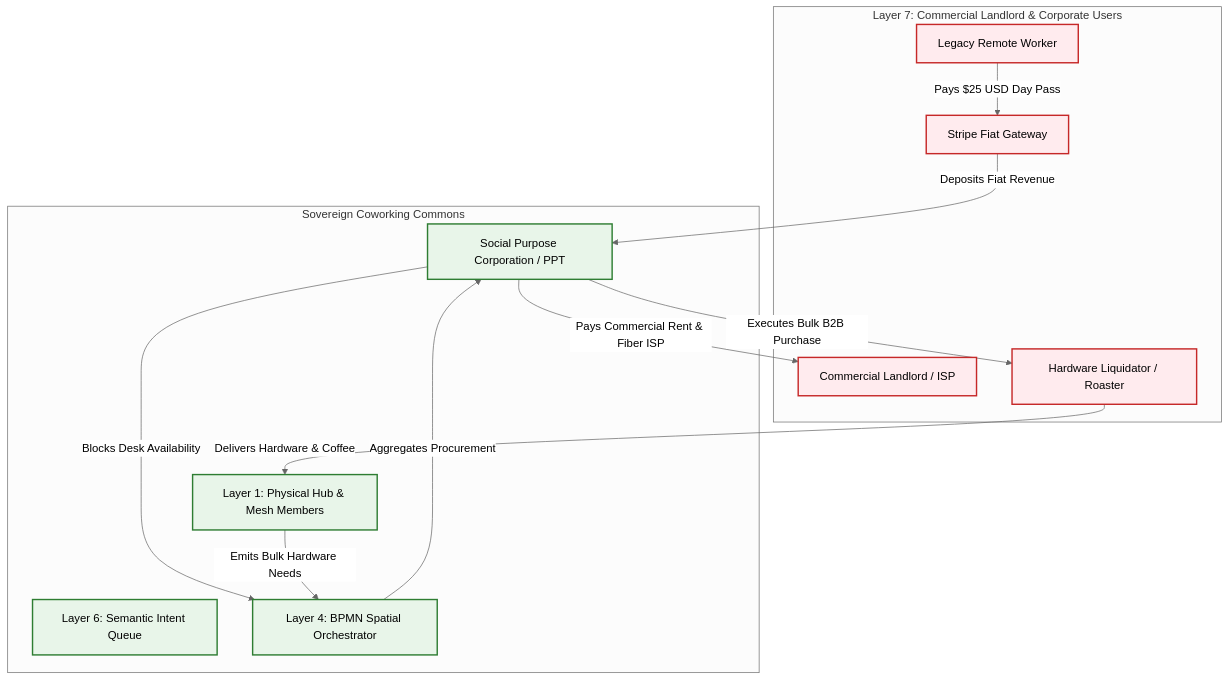
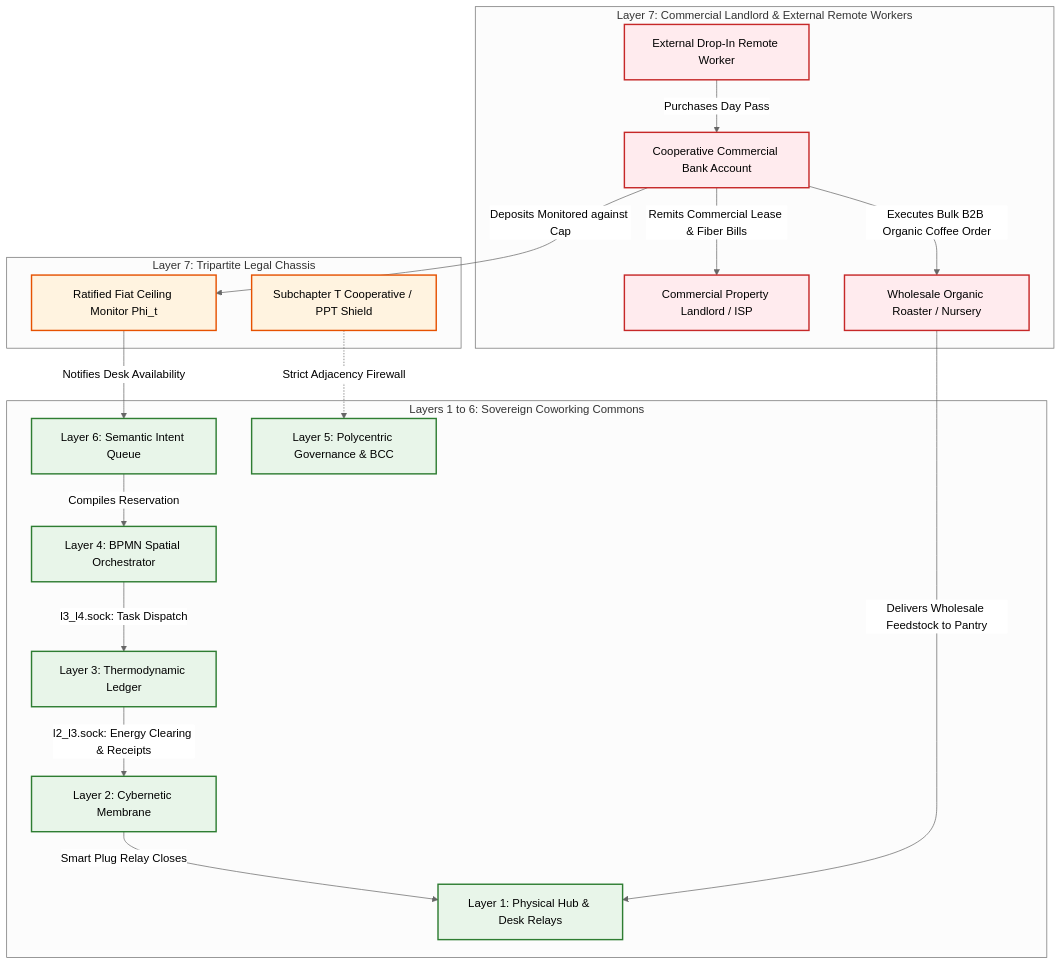
Before and after one commit to raffaine/collective: the fourth of 4 diagrams in docs/scenarios/epsilon_coworking.md, drawn with Mermaid (neutral theme). The commit also changed other lines of this file and 23 other files, not shown here.

````diff
--- a/docs/scenarios/epsilon_coworking.md
+++ b/docs/scenarios/epsilon_coworking.md
@@ -172,33 +191,47 @@
 ```mermaid
 graph TD
-    subgraph Legacy Environment [Layer 7: Commercial Landlord & Corporate Users]
-        CorpWorker[Legacy Remote Worker]
-        StripeGateway[Stripe Fiat Gateway]
-        Landlord[Commercial Landlord / ISP]
-        WholesaleTech[Hardware Liquidator / Roaster]
+    subgraph Legacy Environment [Layer 7: Commercial Landlord & External Remote Workers]
+        ExtWorker[External Drop-In Remote Worker]
+        LegacyBank[Cooperative Commercial Bank Account]
+        Landlord[Commercial Property Landlord / ISP]
+        GreenRoaster[Wholesale Organic Roaster / Nursery]
     end
 
-    subgraph Sovereign Node [Sovereign Coworking Commons]
-        SPC[Social Purpose Corporation / PPT]
+    subgraph Protective Carapace [Layer 7: Tripartite Legal Chassis]
+        CoopEntity[Subchapter T Cooperative / PPT Shield]
+        FiatNeeds[Ratified Fiat Ceiling Monitor Phi_t]
+    end
+
+    subgraph Sovereign Mesh [Layers 1 to 6: Sovereign Coworking Commons]
         L6[Layer 6: Semantic Intent Queue]
+        L5[Layer 5: Polycentric Governance & BCC]
         L4[Layer 4: BPMN Spatial Orchestrator]
-        L1[Layer 1: Physical Hub & Mesh Members]
+        L3[Layer 3: Thermodynamic Ledger]
+        L2[Layer 2: Cybernetic Membrane]
+        L1[Layer 1: Physical Hub & Desk Relays]
     end
 
     %% Inbound Fiat Flow
-    CorpWorker -->|Pays $25 USD Day Pass| StripeGateway
-    StripeGateway -->|Deposits Fiat Revenue| SPC
-    SPC -->|Pays Commercial Rent & Fiber ISP| Landlord
-    SPC -->|Blocks Desk Availability| L4
+    ExtWorker -->|Purchases Day Pass| LegacyBank
+    LegacyBank -->|Deposits Monitored against Cap| FiatNeeds
+    FiatNeeds -->|Notifies Desk Availability| L6
+    L6 -->|Compiles Reservation| L4
+    L4 -->|l3_l4.sock: Task Dispatch| L3
+    L3 -->|l2_l3.sock: Energy Clearing & Receipts| L2
+    L2 -->|Smart Plug Relay Closes| L1
 
-    %% Sovereign Workflow & Leeching
-    L1 -->|Emits Bulk Hardware Needs| L4
-    L4 -->|Aggregates Procurement| SPC
-    SPC -->|Executes Bulk B2B Purchase| WholesaleTech
-    WholesaleTech -->|Delivers Hardware & Coffee| L1
+    %% Outbound Commercial Obligations
+    LegacyBank -->|Remits Commercial Lease & Fiber Bills| Landlord
+    LegacyBank -->|Executes Bulk B2B Organic Coffee Order| GreenRoaster
+    GreenRoaster -->|Delivers Wholesale Feedstock to Pantry| L1
+
+    %% Boundary Isolation
+    CoopEntity -.->|Strict Adjacency Firewall| L5
 
     classDef legacy fill:#ffebee,stroke:#c62828,stroke-width:2px;
+    classDef carapace fill:#fff3e0,stroke:#e65100,stroke-width:2px;
     classDef sovereign fill:#e8f5e9,stroke:#2e7d32,stroke-width:2px;
-    class CorpWorker,StripeGateway,Landlord,WholesaleTech legacy;
-    class SPC,L6,L4,L1 sovereign;
+    class ExtWorker,LegacyBank,Landlord,GreenRoaster legacy;
+    class CoopEntity,FiatNeeds carapace;
+    class L6,L5,L4,L3,L2,L1 sovereign;
 ```
````
